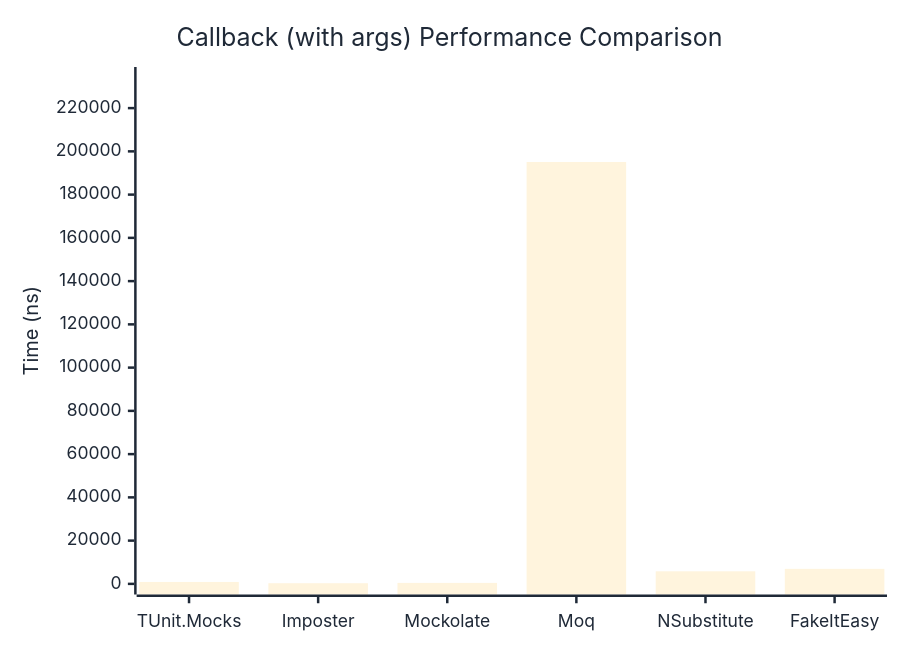
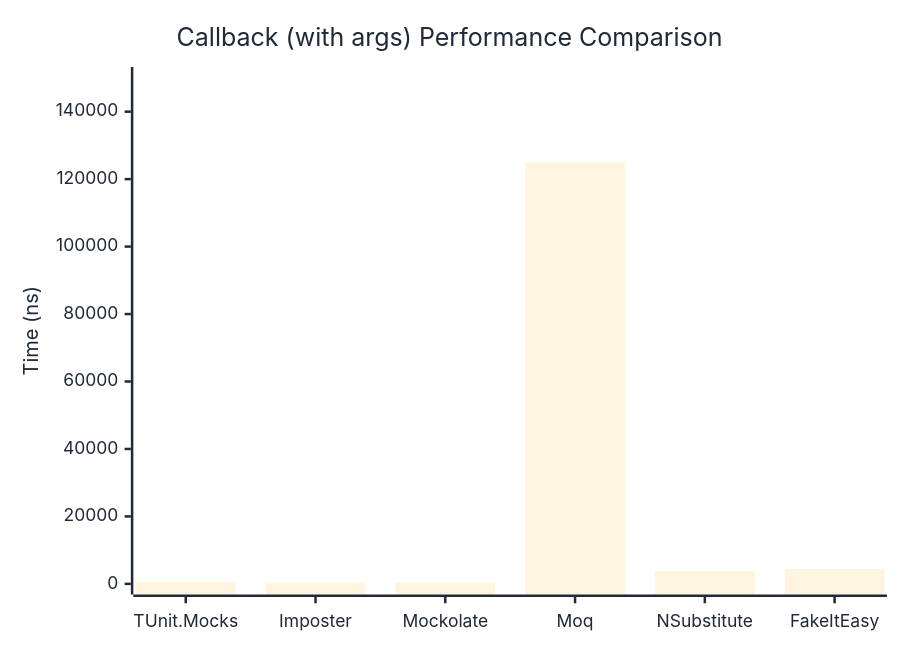
The second of 2 diagrams in docs/docs/benchmarks/mocks/Callback.md (thomhurst/TUnit), drawn with Mermaid before and after one commit. The commit also changed other lines of this file and 14 other files, not shown here.

````diff
--- a/docs/docs/benchmarks/mocks/Callback.md
+++ b/docs/docs/benchmarks/mocks/Callback.md
@@ -71,27 +71,27 @@
 ```mermaid
 %%{init: {
   'theme':'base',
   'themeVariables': {
     'primaryColor': '#2563eb',
     'primaryTextColor': '#1f2937',
     'primaryBorderColor': '#1e40af',
     'lineColor': '#6b7280',
     'secondaryColor': '#7c3aed',
     'tertiaryColor': '#dc2626',
     'background': '#ffffff',
     'pie1': '#2563eb',
     'pie2': '#7c3aed',
     'pie3': '#dc2626',
     'pie4': '#f59e0b',
     'pie5': '#10b981',
     'pie6': '#06b6d4',
     'pie7': '#ec4899',
     'pie8': '#6366f1'
   }
 }}%%
 xychart-beta
   title "Callback (with args) Performance Comparison"
   x-axis ["TUnit.Mocks", "Imposter", "Mockolate", "Moq", "NSubstitute", "FakeItEasy"]
-  y-axis "Time (ns)" 0 --> 234096
-  bar [879.7, 301, 444.5, 195080, 5817.9, 6946.7]
+  y-axis "Time (ns)" 0 --> 150091
+  bar [591.6, 299.7, 291.9, 125075.2, 3806.3, 4398.1]
 ```
````
